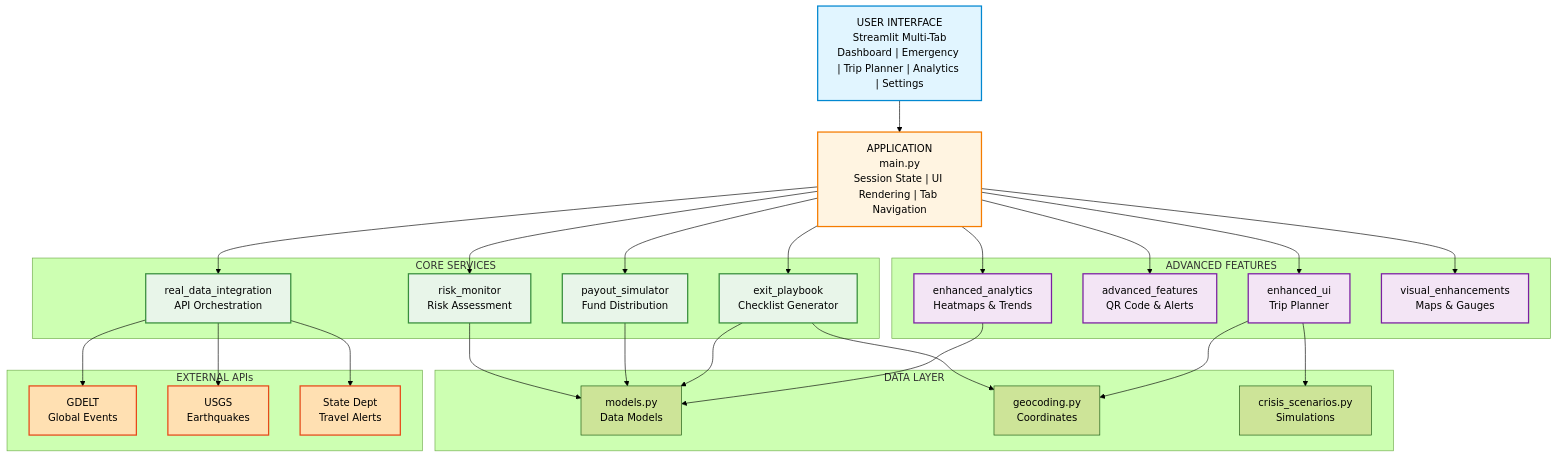
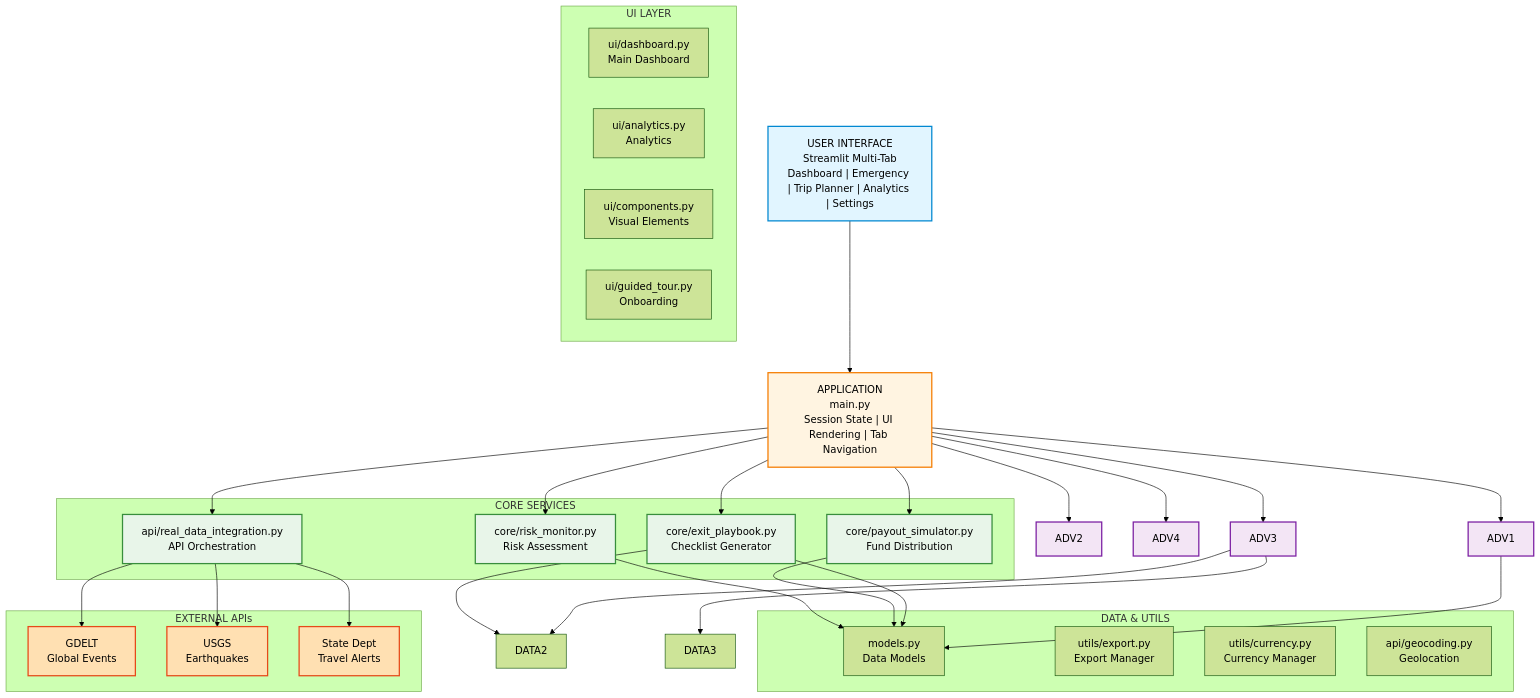
Before and after one commit to ankitlade12/SafePassage: the second of 3 diagrams in README.md, drawn with Mermaid (forest theme). The commit also changed other lines of this file and 25 other files, not shown here.

Commit message:
restructure and enhanced payout simulation

````diff
--- a/README.md
+++ b/README.md
@@ -67,69 +67,70 @@
 ```mermaid
 graph TB
 UI[" USER INTERFACE<br/>Streamlit Multi-Tab<br/>Dashboard | Emergency | Trip Planner | Analytics | Settings"]
 APP[" APPLICATION<br/>main.py<br/>Session State | UI Rendering | Tab Navigation"]
 
 subgraph "CORE SERVICES"
-SVC1["risk_monitor<br/>Risk Assessment"]
-SVC2["payout_simulator<br/>Fund Distribution"]
-SVC3["exit_playbook<br/>Checklist Generator"]
-SVC4["real_data_integration<br/>API Orchestration"]
+SVC1["core/risk_monitor.py<br/>Risk Assessment"]
+SVC2["core/payout_simulator.py<br/>Fund Distribution"]
+SVC3["core/exit_playbook.py<br/>Checklist Generator"]
+SVC4["api/real_data_integration.py<br/>API Orchestration"]
 end
 
-subgraph "ADVANCED FEATURES"
-ADV1["enhanced_analytics<br/>Heatmaps & Trends"]
-ADV2["advanced_features<br/>QR Code & Alerts"]
-ADV3["enhanced_ui<br/>Trip Planner"]
-ADV4["visual_enhancements<br/>Maps & Gauges"]
+subgraph "UI LAYER"
+UI1["ui/dashboard.py<br/>Main Dashboard"]
+UI2["ui/analytics.py<br/>Analytics"]
+UI3["ui/components.py<br/>Visual Elements"]
+UI4["ui/guided_tour.py<br/>Onboarding"]
 end
 
-subgraph "DATA LAYER"
+subgraph "DATA & UTILS"
 DATA1["models.py<br/>Data Models"]
-DATA2["geocoding.py<br/>Coordinates"]
-DATA3["crisis_scenarios.py<br/>Simulations"]
+UTIL1["utils/export.py<br/>Export Manager"]
+UTIL2["utils/currency.py<br/>Currency Manager"]
+API1["api/geocoding.py<br/>Geolocation"]
 end
 
 subgraph "EXTERNAL APIs"
 EXT1[" GDELT<br/>Global Events"]
 EXT2[" USGS<br/>Earthquakes"]
 EXT3[" State Dept<br/>Travel Alerts"]
 end
 
 UI --> APP
 APP --> SVC1
 APP --> SVC2
 APP --> SVC3
 APP --> SVC4
 
 APP --> ADV1
 APP --> ADV2
 APP --> ADV3
 APP --> ADV4
 
 SVC1 --> DATA1
 SVC2 --> DATA1
 SVC3 --> DATA1
 SVC3 --> DATA2
 
 SVC4 --> EXT1
 SVC4 --> EXT2
 SVC4 --> EXT3
 
 ADV1 --> DATA1
 ADV3 --> DATA2
 ADV3 --> DATA3
 
 style UI fill:#e1f5ff,stroke:#0288d1,stroke-width:2px
 style APP fill:#fff4e1,stroke:#f57c00,stroke-width:2px
 style SVC1 fill:#e8f5e9,stroke:#388e3c,stroke-width:2px
 style SVC2 fill:#e8f5e9,stroke:#388e3c,stroke-width:2px
 style SVC3 fill:#e8f5e9,stroke:#388e3c,stroke-width:2px
 style SVC4 fill:#e8f5e9,stroke:#388e3c,stroke-width:2px
 style ADV1 fill:#f3e5f5,stroke:#7b1fa2,stroke-width:2px
 style ADV2 fill:#f3e5f5,stroke:#7b1fa2,stroke-width:2px
 style ADV3 fill:#f3e5f5,stroke:#7b1fa2,stroke-width:2px
 style ADV4 fill:#f3e5f5,stroke:#7b1fa2,stroke-width:2px
 style EXT1 fill:#ffe0b2,stroke:#e64a19,stroke-width:2px
 style EXT2 fill:#ffe0b2,stroke:#e64a19,stroke-width:2px
 style EXT3 fill:#ffe0b2,stroke:#e64a19,stroke-width:2px
 ```
````
